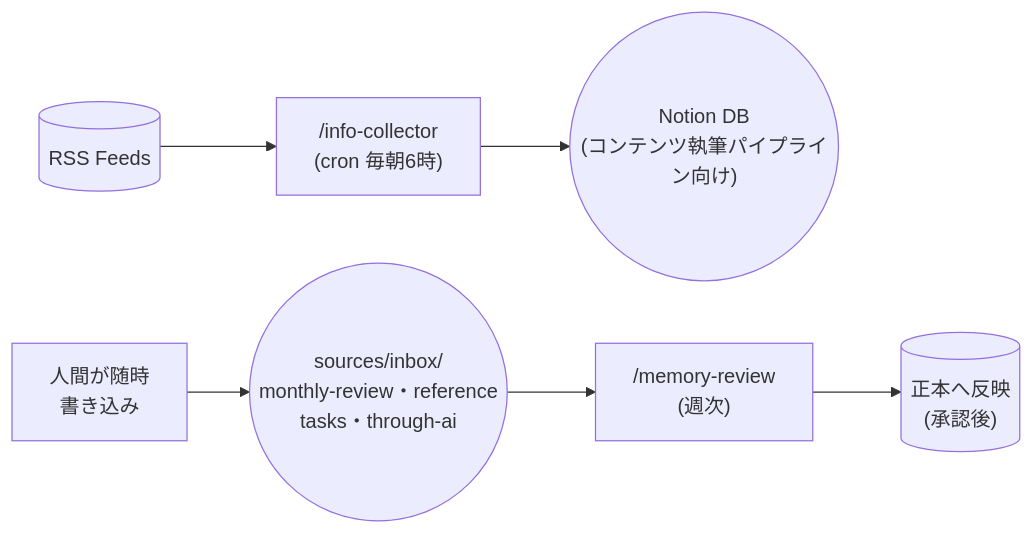
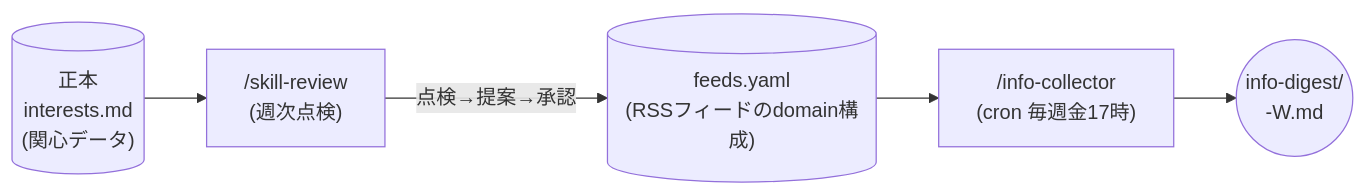
One commit to 9639-spec-run/setup-ambient-environment changed the first of 4 diagrams in docs/architecture.md. Above: the diagram before and after it, drawn with Mermaid. The commit also changed other lines of this file, not shown here.

Commit message:
5章・7章をdraft-architecture.mdでの検証結果に合わせて更新
- 5章: RSS Feedsをfeeds.yaml起点の実態(skill-review→feeds.yaml→info-collector→info-digest)に修正。出力先の誤り(Notion DB)も修正
- 7章: ポートフォリオ図にmemory/shared/projects/*.md(正本)からの入力を追加

````diff
--- a/docs/architecture.md
+++ b/docs/architecture.md
@@ -68,9 +66,7 @@
 ```mermaid
 flowchart LR
-    RSS[("RSS Feeds")] --> IC["/info-collector\n(cron 毎朝6時)"]
-    IC --> NDB(("Notion DB\n(コンテンツ執筆パイプライン向け)"))
-
-    HUMAN["人間が随時\n書き込み"] --> INBOX(("sources/inbox/\nmonthly-review・reference\ntasks・through-ai"))
-    INBOX --> MR["/memory-review\n(週次)"]
-    MR --> CANON[("正本へ反映\n(承認後)")]
+    INTERESTS[("正本\ninterests.md\n(関心データ)")] --> SR["/skill-review\n(週次点検)"]
+    SR -->|"点検→提案→承認"| FEEDS[("feeds.yaml\n(RSSフィードのdomain構成)")]
+    FEEDS --> IC["/info-collector\n(cron 毎週金17時)"]
+    IC --> DIGEST(("info-digest/\n<year>-W<week>.md"))
 ```
````
